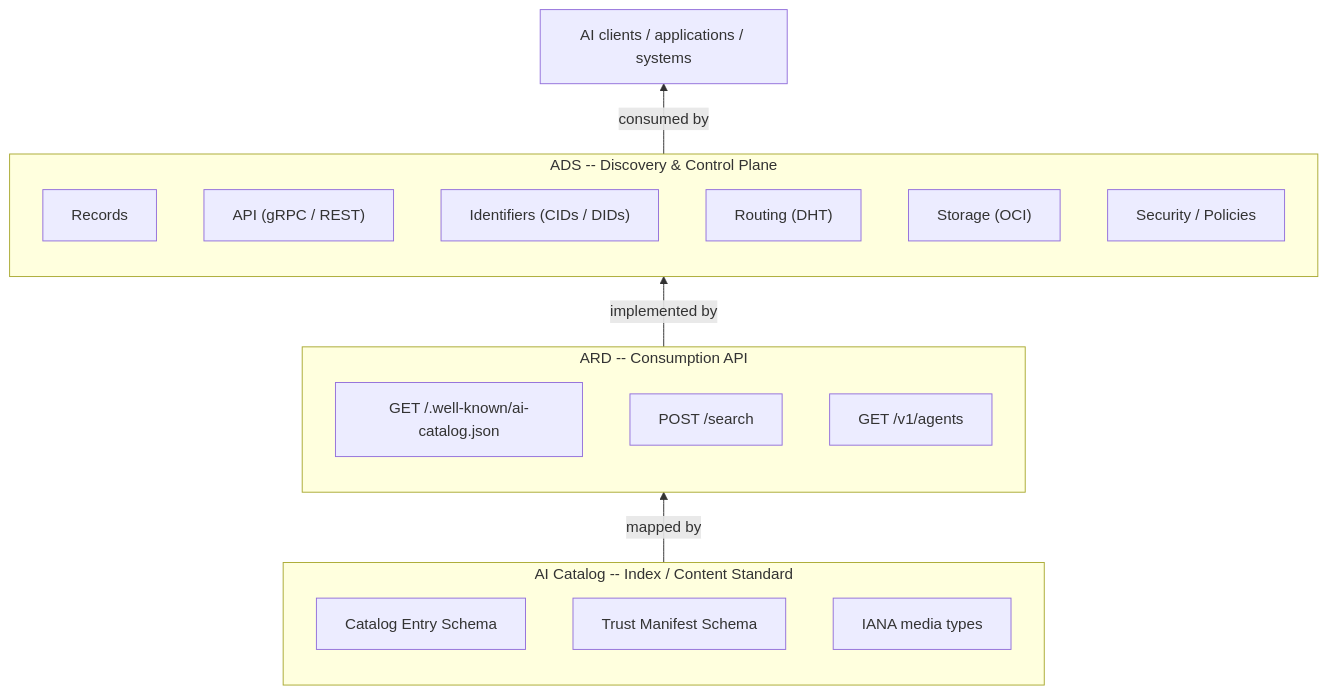
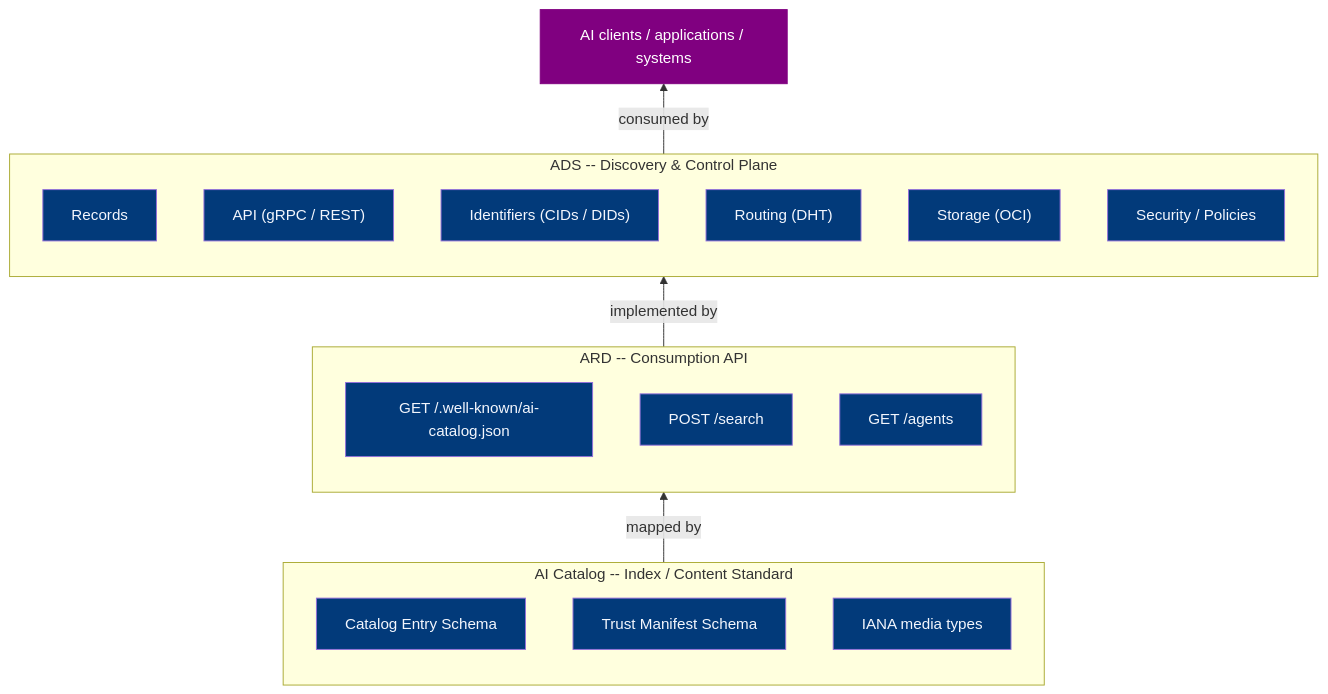
The first of 3 diagrams in _posts/2026-06-17-ai-catalog-over-directory.md (agntcy/blogs), drawn with Mermaid before and after one commit. The commit also changed other lines of this file, not shown here.

````diff
--- a/_posts/2026-06-17-ai-catalog-over-directory.md
+++ b/_posts/2026-06-17-ai-catalog-over-directory.md
@@ -23,25 +23,39 @@
 ```mermaid
 flowchart BT
     subgraph L3["ADS -- Discovery & Control Plane"]
         OASF["Records"]
         API["API (gRPC / REST)"]
         CID["Identifiers (CIDs / DIDs)"]
         DHT["Routing (DHT)"]
         OCI["Storage (OCI)"]
         SIGN["Security / Policies"]
     end
     subgraph L2["ARD -- Consumption API"]
         WK["GET /.well-known/ai-catalog.json"]
         SEARCH["POST /search"]
-        LIST["GET /v1/agents"]
+        LIST["GET /agents"]
     end
     subgraph L1["AI Catalog -- Index / Content Standard"]
         ENTRY["Catalog Entry Schema"]
         TRUST["Trust Manifest Schema"]
         TYPES["IANA media types"]
     end
 
     L1 -->|"mapped by"| L2
     L2 -->|"implemented by"| L3
     L3 -->|"consumed by"| CLIENT["AI clients / applications / systems"]
+
+    style CLIENT fill:#800080,stroke:#800080,color:#fff
+    style OASF fill:#023a7a,color:#f3f6fd
+    style API fill:#023a7a,color:#f3f6fd
+    style CID fill:#023a7a,color:#f3f6fd
+    style DHT fill:#023a7a,color:#f3f6fd
+    style OCI fill:#023a7a,color:#f3f6fd
+    style SIGN fill:#023a7a,color:#f3f6fd
+    style WK fill:#023a7a,color:#f3f6fd
+    style SEARCH fill:#023a7a,color:#f3f6fd
+    style LIST fill:#023a7a,color:#f3f6fd
+    style ENTRY fill:#023a7a,color:#f3f6fd
+    style TRUST fill:#023a7a,color:#f3f6fd
+    style TYPES fill:#023a7a,color:#f3f6fd
 ```
````
